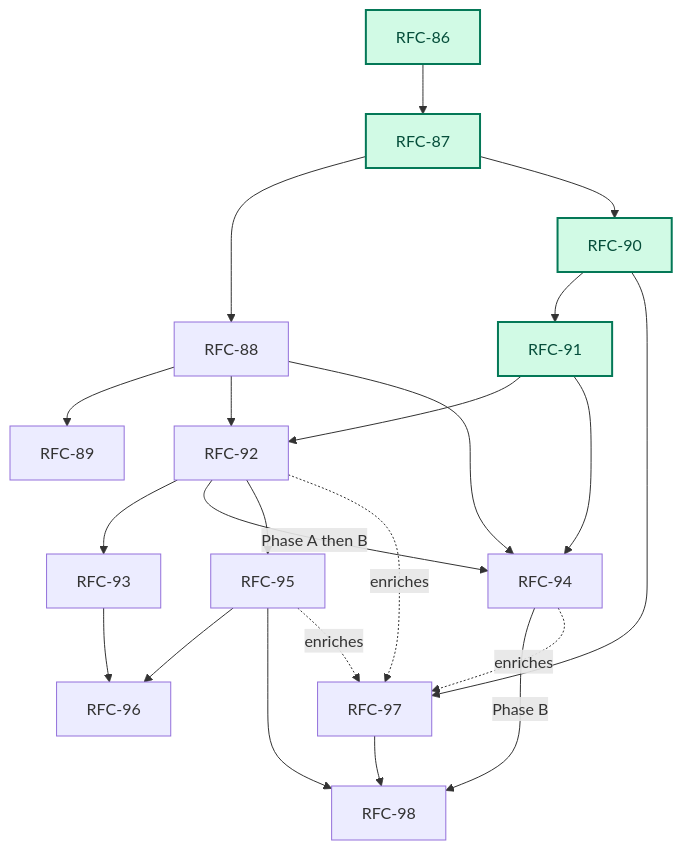
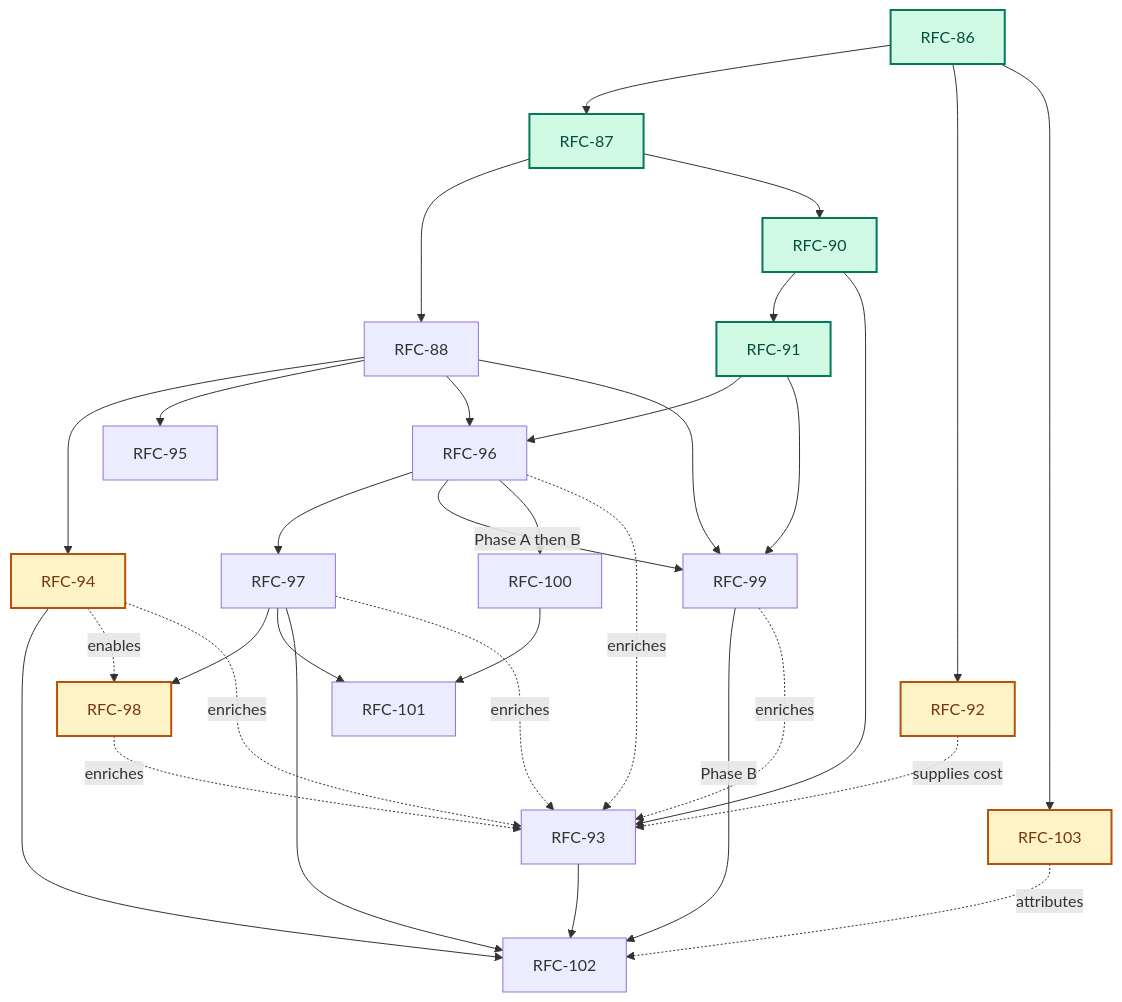
One commit to augentic/anvil changed the diagram in rfcs/platform.md. Above: the diagram before and after it, drawn with Mermaid. The commit also changed other lines of this file and 34 other files, not shown here.

Commit message:
Build roadmap (#262)

````diff
--- a/rfcs/platform.md
+++ b/rfcs/platform.md
@@ -23,27 +25,40 @@
 ```mermaid
 flowchart TD
     R86[RFC-86] --> R87[RFC-87]
+    R86 --> R92[RFC-92]
+    R86 --> R103[RFC-103]
     R87 --> R88[RFC-88]
     R87 --> R90[RFC-90]
-    R88 --> R89[RFC-89]
-    R88 --> R92[RFC-92]
+    R88 --> R94[RFC-94]
+    R88 --> R95[RFC-95]
+    R88 --> R96[RFC-96]
+    R88 --> R99[RFC-99]
     R90 --> R91[RFC-91]
-    R91 --> R92
-    R92 --> R93[RFC-93]
-    R88 --> R94[RFC-94]
-    R91 --> R94
-    R92 -->|Phase A then B| R94
-    R92 --> R95[RFC-95]
-    R90 --> R97[RFC-97]
-    R93 --> R96[RFC-96]
-    R95 --> R96
-    R94 -->|Phase B| R98[RFC-98]
-    R95 --> R98
-    R97 --> R98
-    R92 -. enriches .-> R97
-    R94 -. enriches .-> R97
-    R95 -. enriches .-> R97
+    R90 --> R93[RFC-93]
+    R91 --> R96
+    R91 --> R99
+    R96 --> R97[RFC-97]
+    R96 -->|Phase A then B| R99
+    R96 --> R100[RFC-100]
+    R97 --> R98[RFC-98]
+    R97 --> R101[RFC-101]
+    R97 --> R102[RFC-102]
+    R99 -->|Phase B| R102
+    R100 --> R101
+    R93 --> R102
+    R94 --> R102
+
+    R92 -. supplies cost .-> R93
+    R94 -. enables .-> R98
+    R94 -. enriches .-> R93
+    R96 -. enriches .-> R93
+    R97 -. enriches .-> R93
+    R98 -. enriches .-> R93
+    R99 -. enriches .-> R93
+    R103 -. attributes .-> R102
 
     classDef implemented fill:#d1fae5,stroke:#047857,color:#064e3b,stroke-width:2px
+    classDef evidence fill:#fef3c7,stroke:#b45309,color:#78350f,stroke-width:2px
     class R86,R87,R90,R91 implemented
+    class R94,R98,R92,R103 evidence
 ```
````
